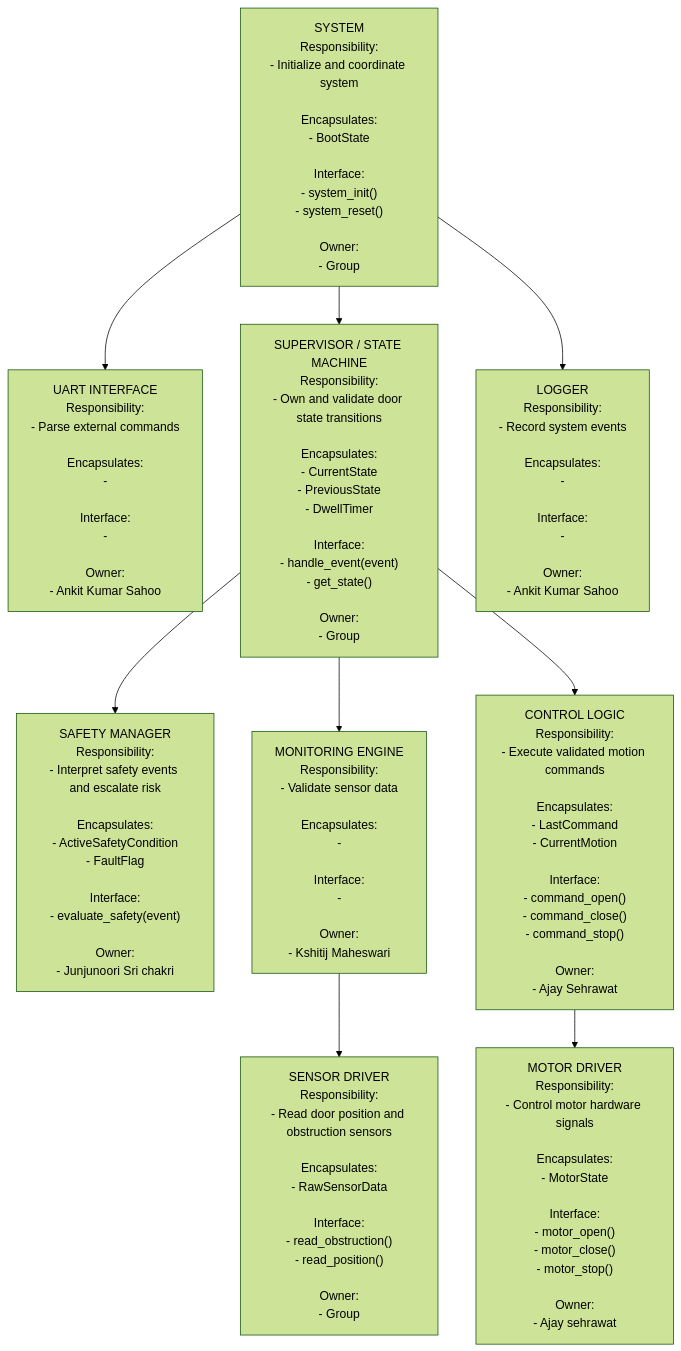
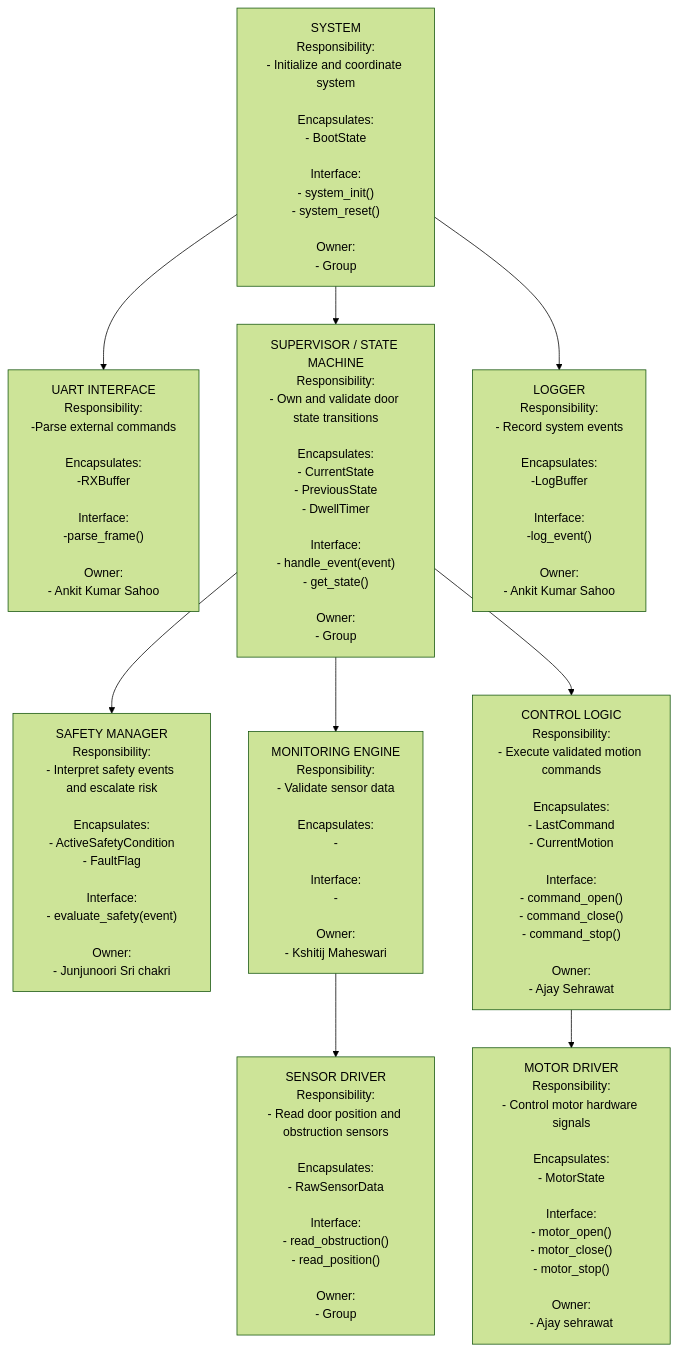
The diagram in docs/sections/architecture.md (csg523/project-p7-elevator-door), drawn with Mermaid (forest theme) before and after one commit.

```diff
--- a/docs/sections/architecture.md
+++ b/docs/sections/architecture.md
@@ -20,13 +20,13 @@
 
 System --> UART["UART INTERFACE
 Responsibility:
-- Parse external commands
+-Parse external commands
 
 Encapsulates:
-- <RXBuffer>
+-RXBuffer
 
 Interface:
-- <parse_frame()>
+-parse_frame()
 
 Owner:
 - Ankit Kumar Sahoo
@@ -54,10 +54,10 @@
 - Record system events
 
 Encapsulates:
-- <LogBuffer>
+-LogBuffer
 
 Interface:
-- <log_event()>
+-log_event()
 
 Owner:
 - Ankit Kumar Sahoo
```
